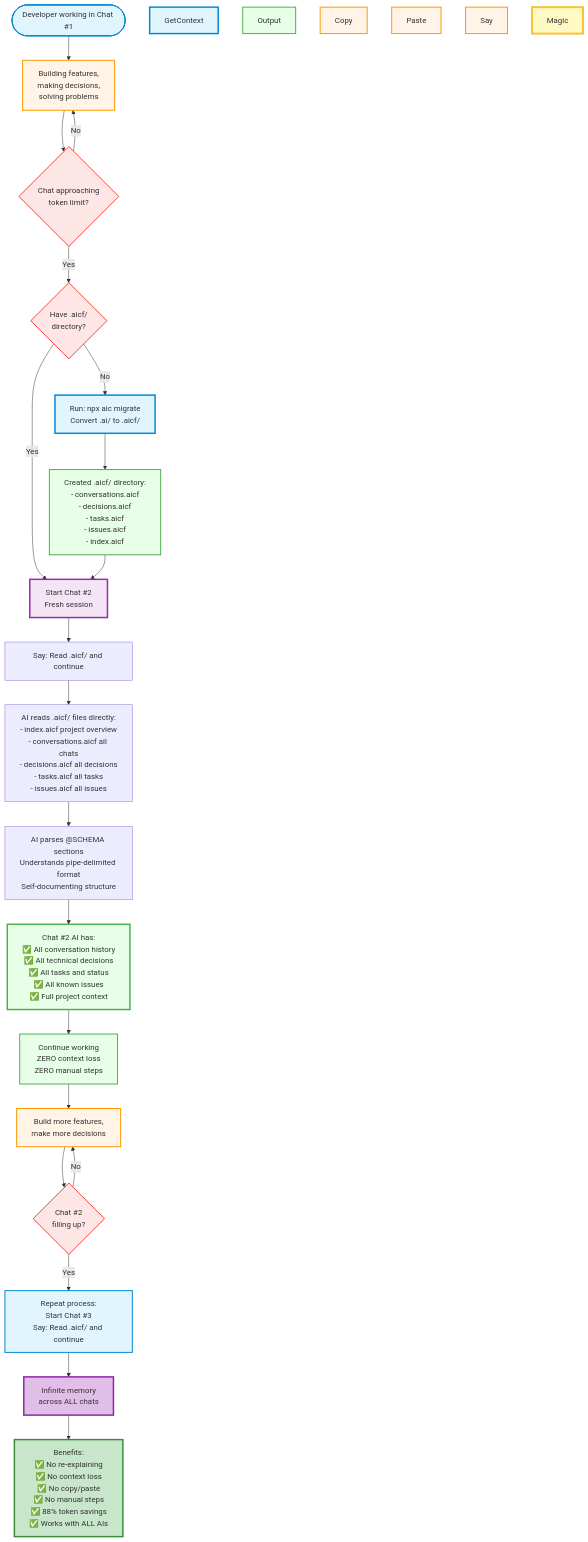
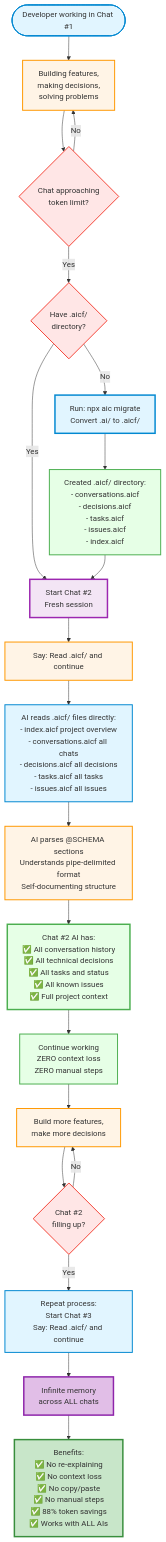
The diagram in docs/04_aicf-workflow.mmd (Vaeshkar/create-ai-chat-context-experimental), drawn with Mermaid before and after one commit. The commit also changed 2 other files, not shown here.

First paragraph of the commit message:
docs: Clean up README and fix workflow diagram 🧹
✅ ALL 5 CHANGES COMPLETE!

```diff
--- a/docs/04_aicf-workflow.mmd
+++ b/docs/04_aicf-workflow.mmd
@@ -1,59 +1,56 @@
 %% AICF 2.0 Workflow
 %% How AICF 2.0 enables persistent memory across chat sessions
 
 graph TB
     Start([Developer working in Chat #1]) --> Working[Building features,<br/>making decisions,<br/>solving problems]
 
     Working --> ChatFull{Chat approaching<br/>token limit?}
 
     ChatFull -->|No| Working
     ChatFull -->|Yes| Decision{Have .aicf/<br/>directory?}
 
     Decision -->|No| Migrate[Run: npx aic migrate<br/>Convert .ai/ to .aicf/]
     Decision -->|Yes| NewChat
 
     Migrate --> MigrateResult[Created .aicf/ directory:<br/>- conversations.aicf<br/>- decisions.aicf<br/>- tasks.aicf<br/>- issues.aicf<br/>- index.aicf]
 
     MigrateResult --> NewChat[Start Chat #2<br/>Fresh session]
 
     NewChat --> DirectRead[Say: Read .aicf/ and continue]
 
     DirectRead --> AIReads[AI reads .aicf/ files directly:<br/>- index.aicf project overview<br/>- conversations.aicf all chats<br/>- decisions.aicf all decisions<br/>- tasks.aicf all tasks<br/>- issues.aicf all issues]
 
     AIReads --> Parse[AI parses @SCHEMA sections<br/>Understands pipe-delimited format<br/>Self-documenting structure]
 
     Parse --> FullContext[Chat #2 AI has:<br/>✅ All conversation history<br/>✅ All technical decisions<br/>✅ All tasks and status<br/>✅ All known issues<br/>✅ Full project context]
 
     FullContext --> Continue[Continue working<br/>ZERO context loss<br/>ZERO manual steps]
 
     Continue --> MoreWork[Build more features,<br/>make more decisions]
 
     MoreWork --> ChatFull2{Chat #2<br/>filling up?}
 
     ChatFull2 -->|No| MoreWork
     ChatFull2 -->|Yes| Repeat[Repeat process:<br/>Start Chat #3<br/>Say: Read .aicf/ and continue]
 
     Repeat --> Infinite[Infinite memory<br/>across ALL chats]
 
     Infinite --> Benefits[Benefits:<br/>✅ No re-explaining<br/>✅ No context loss<br/>✅ No copy/paste<br/>✅ No manual steps<br/>✅ 88% token savings<br/>✅ Works with ALL AIs]
 
     style Start fill:#e1f5ff,stroke:#0288d1,stroke-width:2px
     style Working fill:#fff4e6,stroke:#ff9800,stroke-width:2px
     style ChatFull fill:#ffe6e6,stroke:#f44336,stroke-width:2px
     style Decision fill:#ffe6e6,stroke:#f44336,stroke-width:2px
     style Migrate fill:#e1f5ff,stroke:#0288d1,stroke-width:3px
     style MigrateResult fill:#e6ffe6,stroke:#4caf50,stroke-width:2px
-    style GetContext fill:#e1f5ff,stroke:#0288d1,stroke-width:3px
-    style Output fill:#e6ffe6,stroke:#4caf50,stroke-width:2px
-    style Copy fill:#fff4e6,stroke:#ff9800,stroke-width:2px
     style NewChat fill:#f3e5f5,stroke:#9c27b0,stroke-width:3px
-    style Paste fill:#fff4e6,stroke:#ff9800,stroke-width:2px
-    style Say fill:#fff4e6,stroke:#ff9800,stroke-width:2px
-    style Magic fill:#fff9c4,stroke:#fbc02d,stroke-width:4px
+    style DirectRead fill:#fff4e6,stroke:#ff9800,stroke-width:2px
+    style AIReads fill:#e1f5ff,stroke:#0288d1,stroke-width:2px
+    style Parse fill:#fff4e6,stroke:#ff9800,stroke-width:2px
     style FullContext fill:#e6ffe6,stroke:#4caf50,stroke-width:3px
     style Continue fill:#e6ffe6,stroke:#4caf50,stroke-width:2px
     style MoreWork fill:#fff4e6,stroke:#ff9800,stroke-width:2px
     style ChatFull2 fill:#ffe6e6,stroke:#f44336,stroke-width:2px
     style Repeat fill:#e1f5ff,stroke:#0288d1,stroke-width:2px
     style Infinite fill:#e1bee7,stroke:#8e24aa,stroke-width:3px
     style Benefits fill:#c8e6c9,stroke:#388e3c,stroke-width:3px
```
